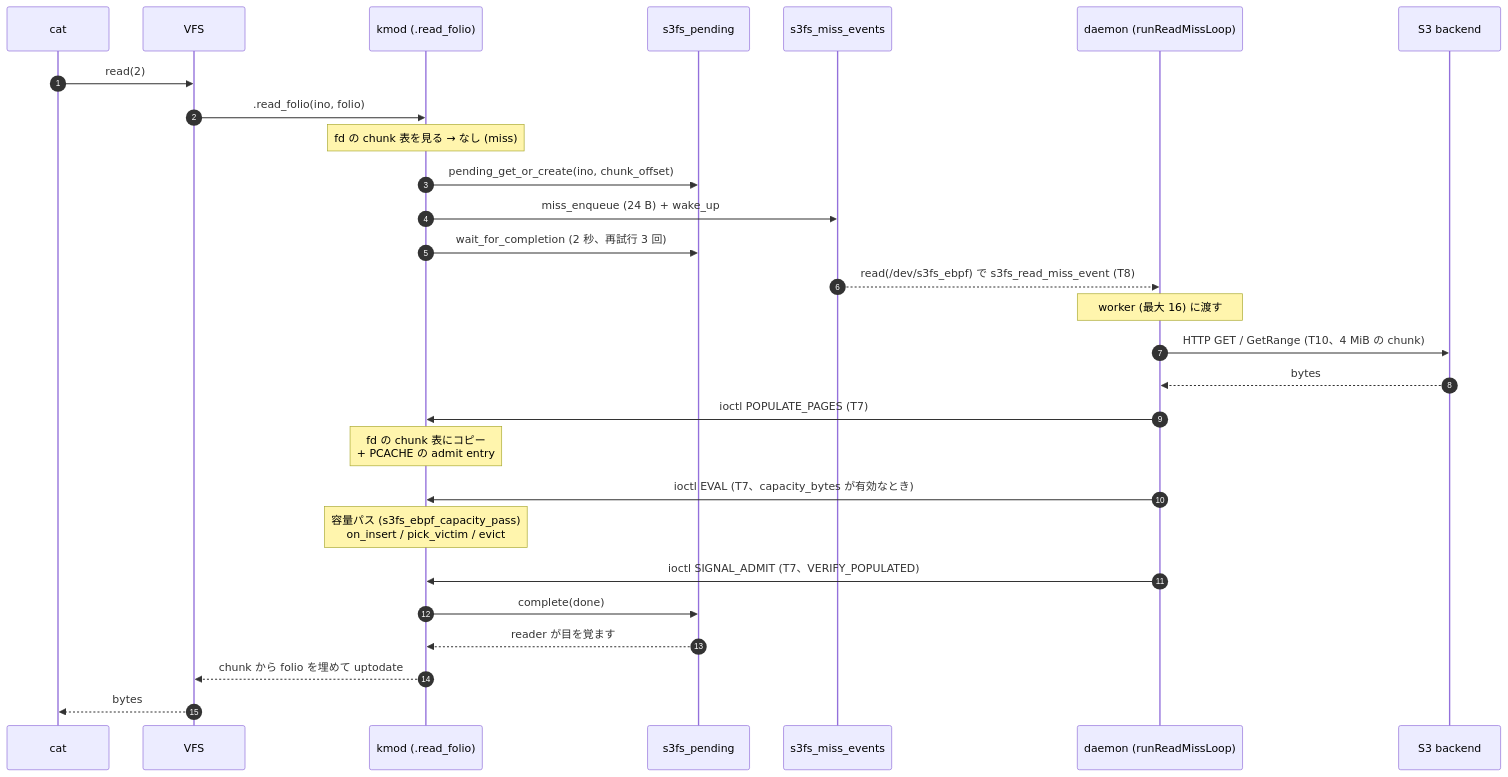
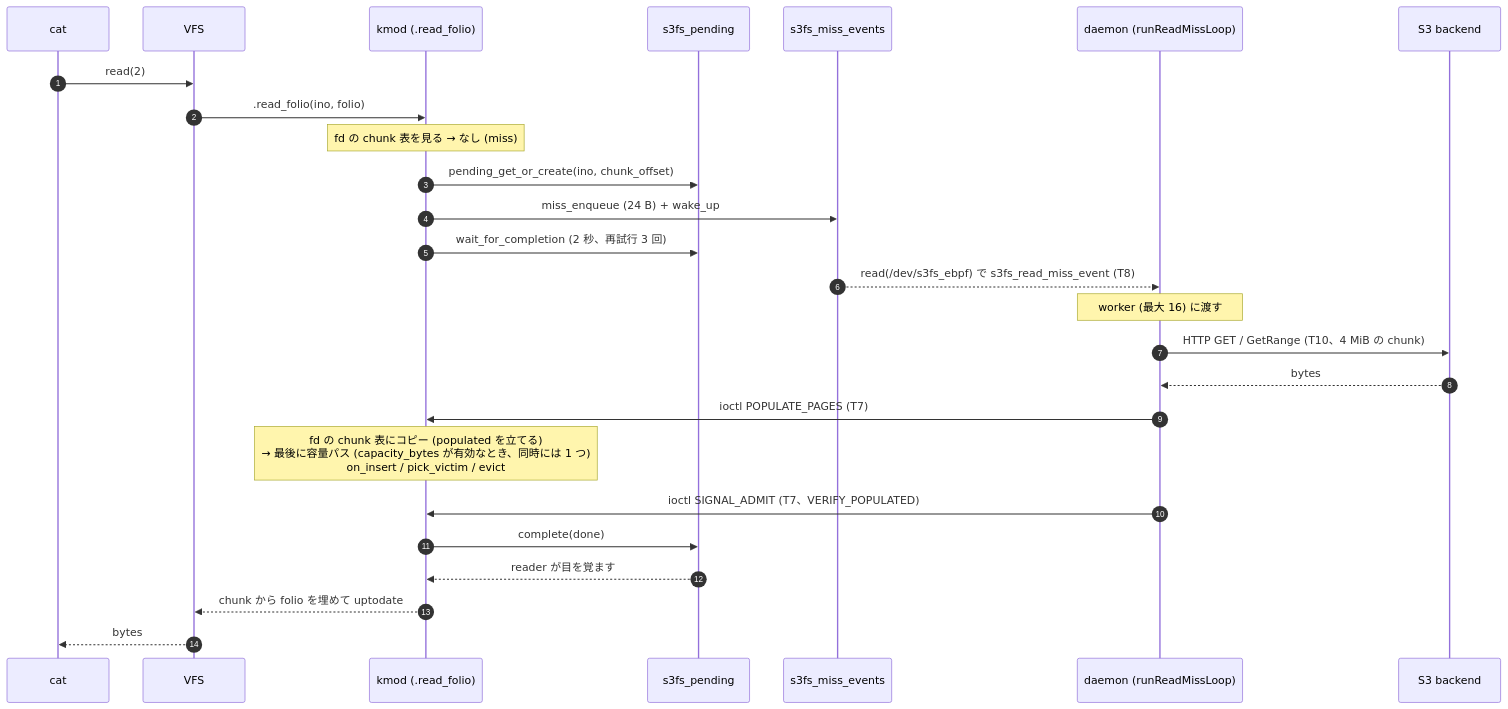
Before and after one commit to masu-mi/s3fs-ebpf: the second of 5 diagrams in docs/design/component-communication.md, drawn with Mermaid. The commit also changed other lines of this file and 2 other files, not shown here.

````diff
--- a/docs/design/component-communication.md
+++ b/docs/design/component-communication.md
@@ -160,31 +160,29 @@
 ```mermaid
 sequenceDiagram
     autonumber
     participant App as cat
     participant VFS as VFS
     participant Kmod as kmod (.read_folio)
     participant Pend as s3fs_pending
     participant MQ as s3fs_miss_events
     participant Daemon as daemon (runReadMissLoop)
     participant S3 as S3 backend
 
     App->>VFS: read(2)
     VFS->>Kmod: .read_folio(ino, folio)
     Note over Kmod: fd の chunk 表を見る → なし (miss)
     Kmod->>Pend: pending_get_or_create(ino, chunk_offset)
     Kmod->>MQ: miss_enqueue (24 B) + wake_up
     Kmod->>Pend: wait_for_completion (2 秒、再試行 3 回)
     MQ-->>Daemon: read(/dev/s3fs_ebpf) で s3fs_read_miss_event (T8)
     Note over Daemon: worker (最大 16) に渡す
     Daemon->>S3: HTTP GET / GetRange (T10、4 MiB の chunk)
     S3-->>Daemon: bytes
     Daemon->>Kmod: ioctl POPULATE_PAGES (T7)
-    Note over Kmod: fd の chunk 表にコピー<br/>+ PCACHE の admit entry
-    Daemon->>Kmod: ioctl EVAL (T7、capacity_bytes が有効なとき)
-    Note over Kmod: 容量パス (s3fs_ebpf_capacity_pass)<br/>on_insert / pick_victim / evict
+    Note over Kmod: fd の chunk 表にコピー (populated を立てる)<br/>→ 最後に容量パス (capacity_bytes が有効なとき、同時には 1 つ)<br/>on_insert / pick_victim / evict
     Daemon->>Kmod: ioctl SIGNAL_ADMIT (T7、VERIFY_POPULATED)
     Kmod->>Pend: complete(done)
     Pend-->>Kmod: reader が目を覚ます
     Kmod-->>VFS: chunk から folio を埋めて uptodate
     VFS-->>App: bytes
 ```
````
